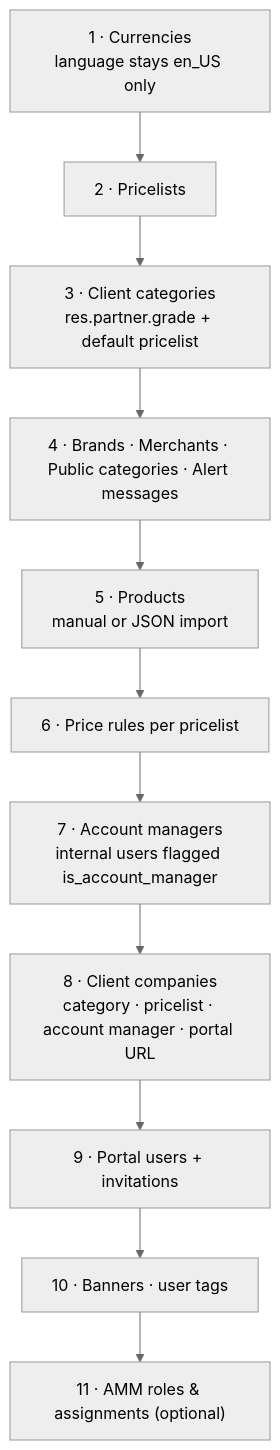
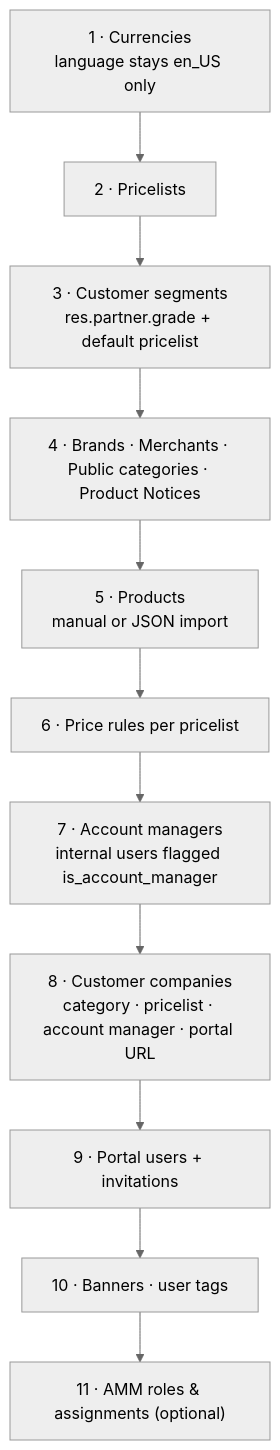
One commit to LaplaceSoftware/lp_projects_docs changed the second of 2 diagrams in docs/b2b_ecommerce_docs/_technical_docs/013-Master-Data-and-Configuration.md. Above: the diagram before and after it, drawn with Mermaid (neutral theme). The commit also changed other lines of this file and 48 other files, not shown here.

````diff
--- a/docs/b2b_ecommerce_docs/_technical_docs/013-Master-Data-and-Configuration.md
+++ b/docs/b2b_ecommerce_docs/_technical_docs/013-Master-Data-and-Configuration.md
@@ -102,13 +96,13 @@
 ```mermaid
 flowchart TB
     A["1 · Currencies<br/>language stays en_US only"] --> B["2 · Pricelists"]
-    B --> C["3 · Client categories<br/>res.partner.grade + default pricelist"]
-    C --> D["4 · Brands · Merchants · Public categories · Alert messages"]
+    B --> C["3 · Customer segments<br/>res.partner.grade + default pricelist"]
+    C --> D["4 · Brands · Merchants · Public categories · Product Notices"]
     D --> E["5 · Products<br/>manual or JSON import"]
     E --> F["6 · Price rules per pricelist"]
     F --> G["7 · Account managers<br/>internal users flagged is_account_manager"]
-    G --> H["8 · Client companies<br/>category · pricelist · account manager · portal URL"]
+    G --> H["8 · Customer companies<br/>category · pricelist · account manager · portal URL"]
     H --> I["9 · Portal users + invitations"]
     I --> J["10 · Banners · user tags"]
     J --> K["11 · AMM roles & assignments (optional)"]
 ```
````
